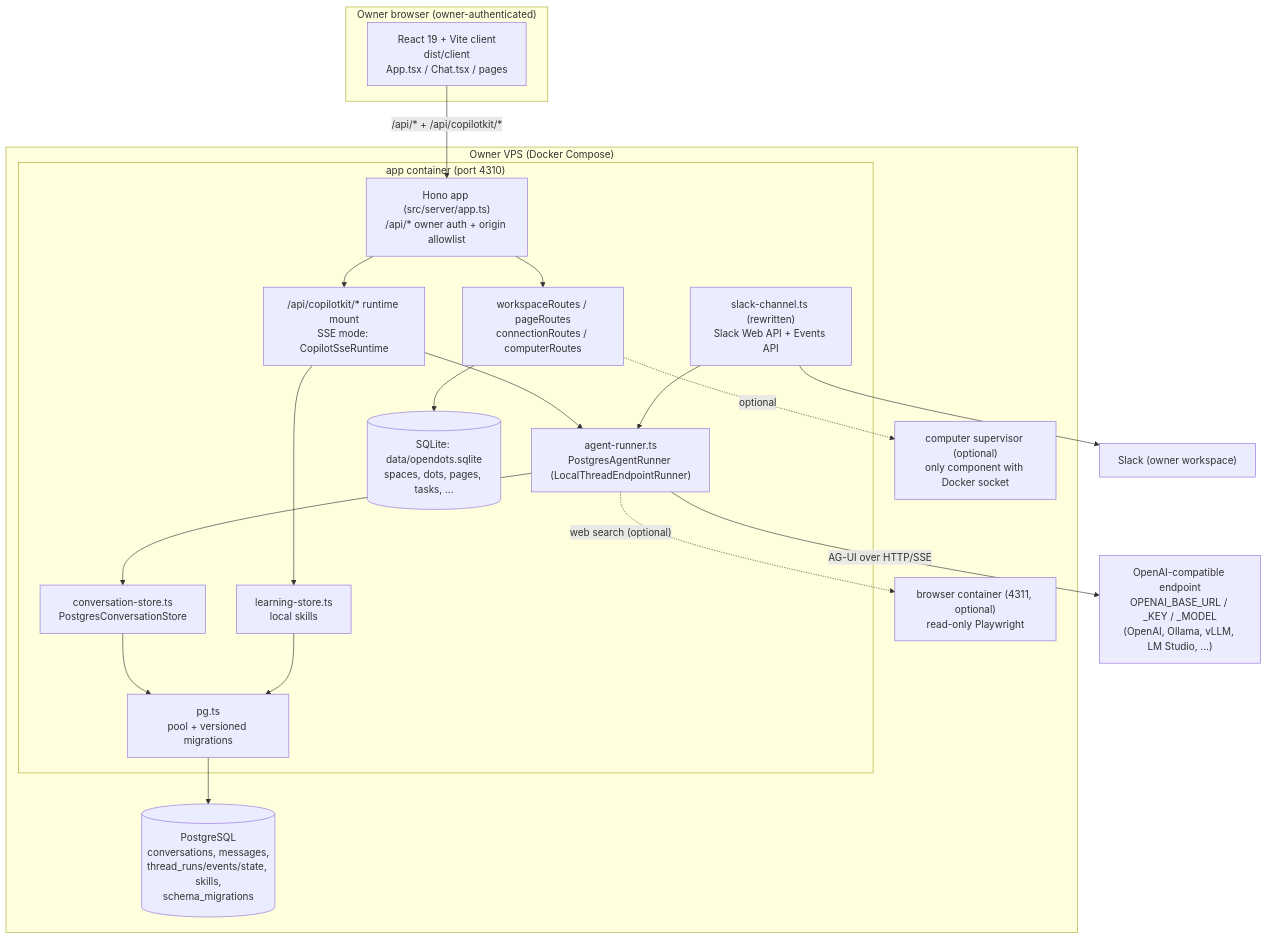
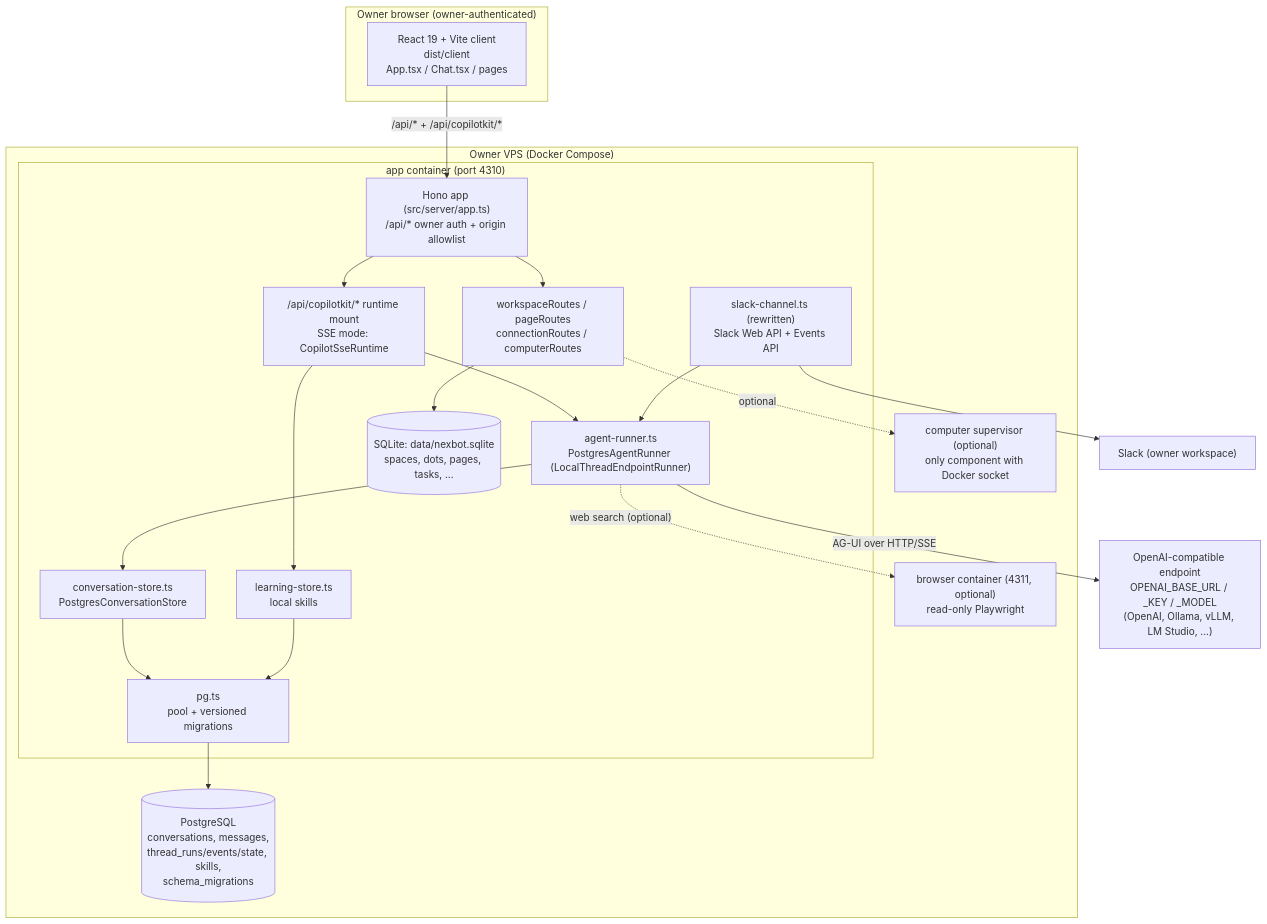
Before and after one commit to KayzenRoot/OpenDots: the first of 2 diagrams in docs/fork/ARCHITECTURE.md, drawn with Mermaid. The commit also changed 107 other files, not shown here.

````diff
--- a/docs/fork/ARCHITECTURE.md
+++ b/docs/fork/ARCHITECTURE.md
@@ -12,42 +12,42 @@
 ```mermaid
 flowchart TB
   subgraph Browser["Owner browser (owner-authenticated)"]
     UI["React 19 + Vite client<br/>dist/client<br/>App.tsx / Chat.tsx / pages"]
   end
 
   subgraph VPS["Owner VPS (Docker Compose)"]
     subgraph AppC["app container (port 4310)"]
       HONO["Hono app (src/server/app.ts)<br/>/api/* owner auth + origin allowlist"]
       WSR["workspaceRoutes / pageRoutes<br/>connectionRoutes / computerRoutes"]
       RUNTIME["/api/copilotkit/* runtime mount<br/>SSE mode: CopilotSseRuntime"]
       RUNNER["agent-runner.ts<br/>PostgresAgentRunner (LocalThreadEndpointRunner)"]
       CSTORE["conversation-store.ts<br/>PostgresConversationStore"]
       LSTORE["learning-store.ts<br/>local skills"]
       SLACK["slack-channel.ts (rewritten)<br/>Slack Web API + Events API"]
       PG["pg.ts<br/>pool + versioned migrations"]
-      SQLITE[("SQLite: data/opendots.sqlite<br/>spaces, dots, pages, tasks, ...")]
+      SQLITE[("SQLite: data/nexbot.sqlite<br/>spaces, dots, pages, tasks, ...")]
     end
     PGDB[("PostgreSQL<br/>conversations, messages,<br/>thread_runs/events/state, skills,<br/>schema_migrations")]
     BROWSER["browser container (4311, optional)<br/>read-only Playwright"]
     SUP["computer supervisor (optional)<br/>only component with Docker socket"]
   end
 
   MODEL["OpenAI-compatible endpoint<br/>OPENAI_BASE_URL / _KEY / _MODEL<br/>(OpenAI, Ollama, vLLM, LM Studio, ...)"]
   SLACKAPI["Slack (owner workspace)"]
 
   UI -->|"/api/* + /api/copilotkit/*"| HONO
   HONO --> WSR
   HONO --> RUNTIME
   WSR --> SQLITE
   RUNTIME --> RUNNER
   RUNNER --> CSTORE
   RUNTIME --> LSTORE
   CSTORE --> PG
   LSTORE --> PG
   PG --> PGDB
   RUNNER -->|"AG-UI over HTTP/SSE"| MODEL
   RUNNER -. "web search (optional)" .-> BROWSER
   SLACK --> SLACKAPI
   SLACK --> RUNNER
   WSR -. "optional" .-> SUP
 ```
````
